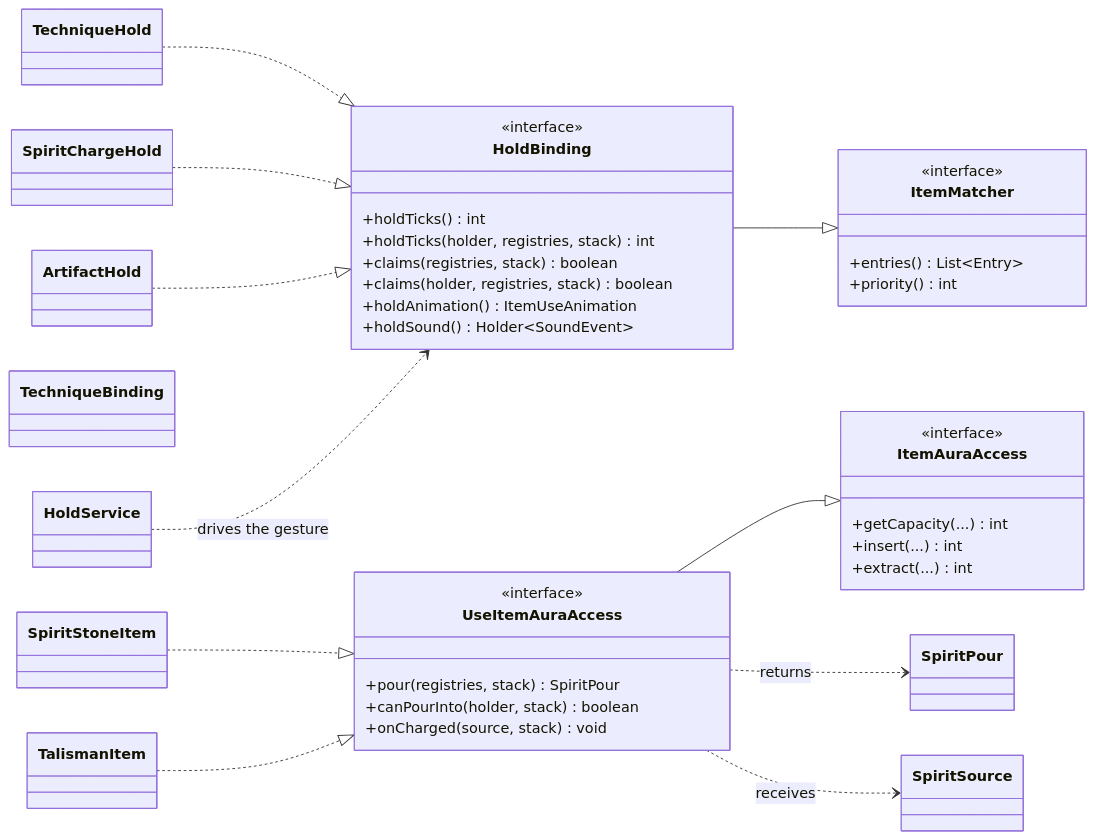
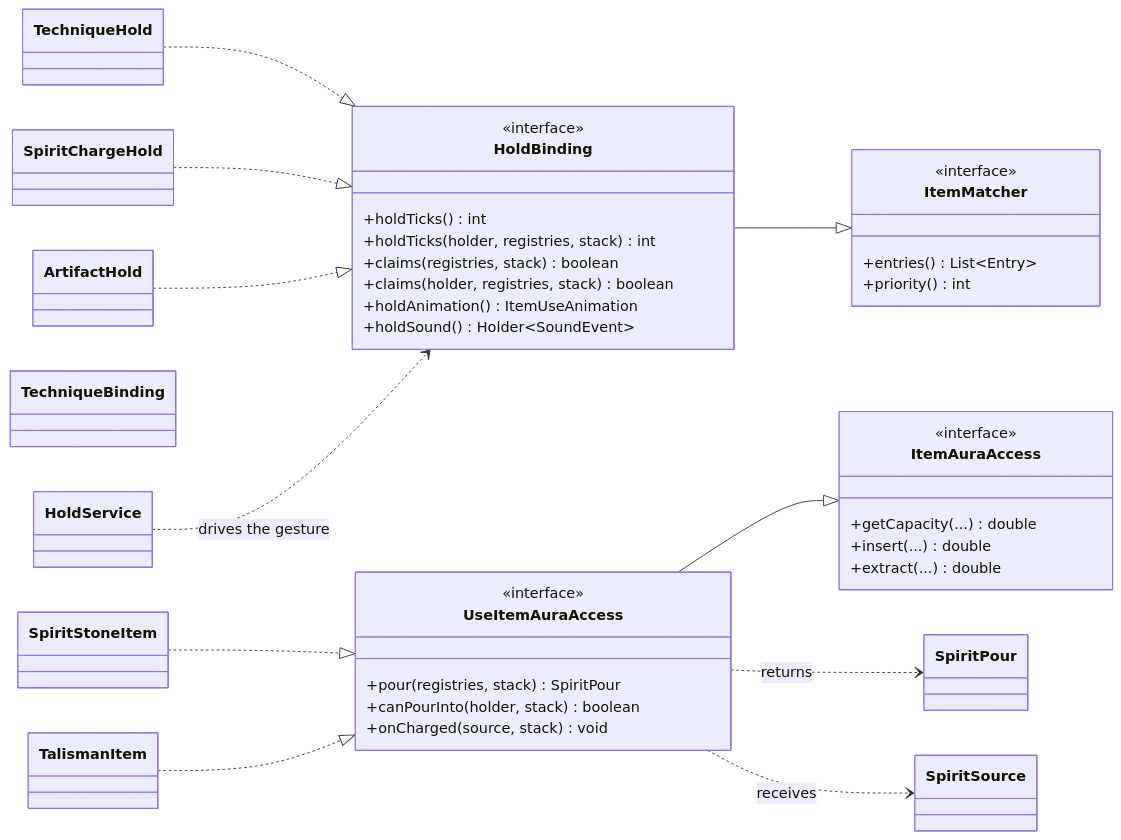
The diagram in docs/en/java/interfaces/aura/use-item-aura-access.md (IAFEnvoy/mxt-docs), drawn with Mermaid before and after one commit. The commit also changed other lines of this file and 70 other files, not shown here.

````diff
--- a/docs/en/java/interfaces/aura/use-item-aura-access.md
+++ b/docs/en/java/interfaces/aura/use-item-aura-access.md
@@ -21,49 +23,49 @@
 ```mermaid
 classDiagram
     direction LR
     class ItemMatcher {
         <<interface>>
         +entries() List~Entry~
         +priority() int
     }
     class ItemAuraAccess {
         <<interface>>
-        +getCapacity(...) int
-        +insert(...) int
-        +extract(...) int
+        +getCapacity(...) double
+        +insert(...) double
+        +extract(...) double
     }
     class UseItemAuraAccess {
         <<interface>>
         +pour(registries, stack) SpiritPour
         +canPourInto(holder, stack) boolean
         +onCharged(source, stack) void
     }
     class HoldBinding {
         <<interface>>
         +holdTicks() int
         +holdTicks(holder, registries, stack) int
         +claims(registries, stack) boolean
         +claims(holder, registries, stack) boolean
         +holdAnimation() ItemUseAnimation
         +holdSound() Holder~SoundEvent~
     }
     class SpiritPour
     class SpiritSource
     class HoldService
     class SpiritStoneItem
     class TalismanItem
     class TechniqueBinding
     class SpiritChargeHold
     class ArtifactHold
     class TechniqueHold
     UseItemAuraAccess --|> ItemAuraAccess
     HoldBinding --|> ItemMatcher
     SpiritStoneItem ..|> UseItemAuraAccess
     TalismanItem ..|> UseItemAuraAccess
     TechniqueHold ..|> HoldBinding
     SpiritChargeHold ..|> HoldBinding
     ArtifactHold ..|> HoldBinding
     UseItemAuraAccess ..> SpiritPour : returns
     UseItemAuraAccess ..> SpiritSource : receives
     HoldService ..> HoldBinding : drives the gesture
 ```
````
